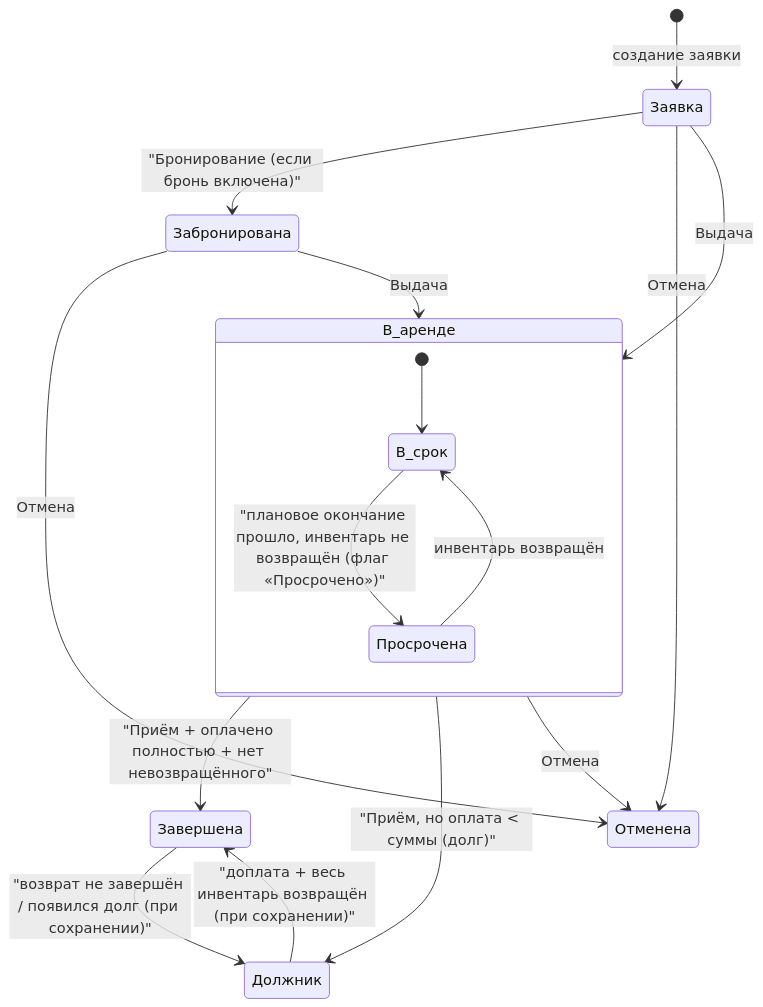
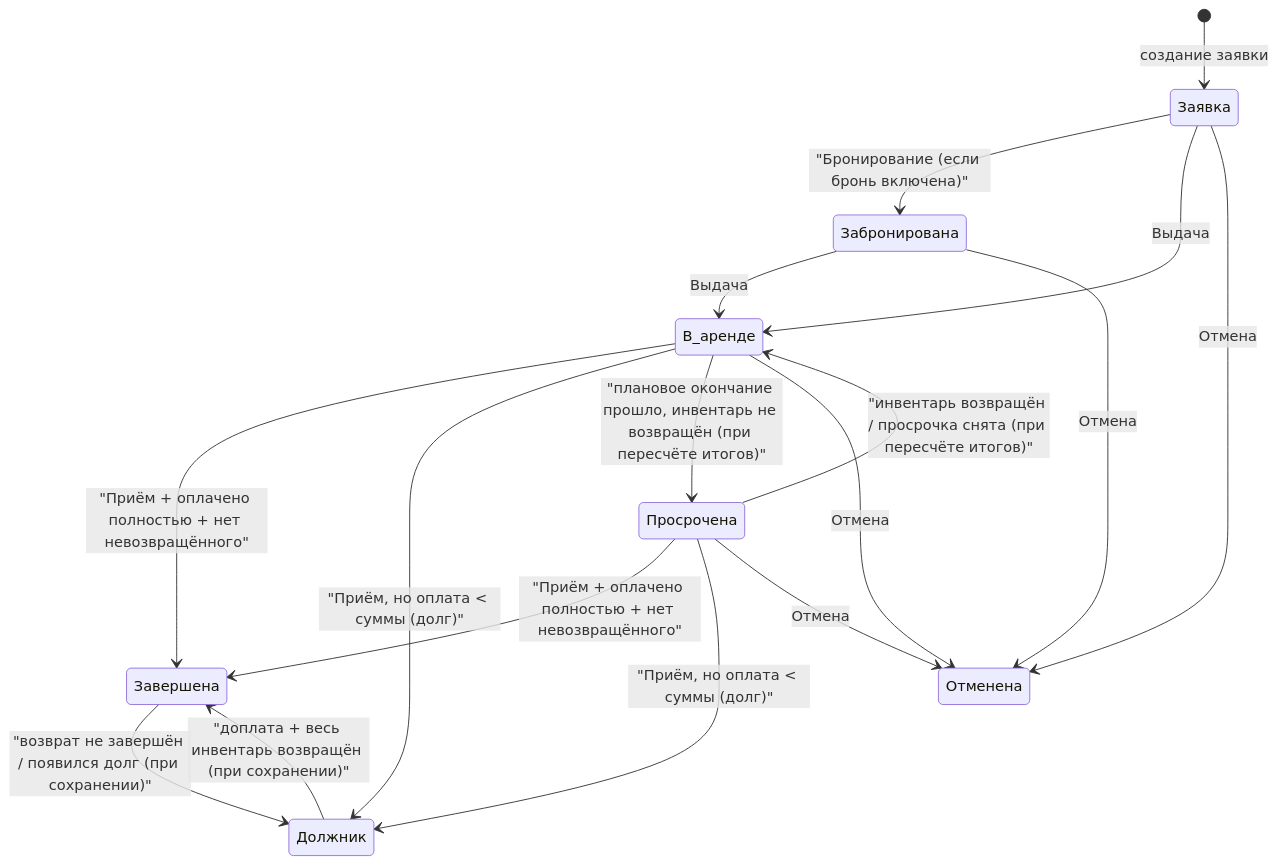
One commit to yume-cloud/docs changed the diagram in ru/logic/rent-lifecycle.mdx. Above: the diagram before and after it, drawn with Mermaid. The commit also changed other lines of this file and 5 other files, not shown here.

````diff
--- a/ru/logic/rent-lifecycle.mdx
+++ b/ru/logic/rent-lifecycle.mdx
@@ -88,19 +90,19 @@
 ```mermaid
 stateDiagram-v2
     [*] --> Заявка: создание заявки
     Заявка --> Забронирована: "Бронирование (если бронь включена)"
     Заявка --> В_аренде: Выдача
     Забронирована --> В_аренде: Выдача
     В_аренде --> Завершена: "Приём + оплачено полностью + нет невозвращённого"
     В_аренде --> Должник: "Приём, но оплата < суммы (долг)"
+    В_аренде --> Просрочена: "плановое окончание прошло, инвентарь не возвращён (при пересчёте итогов)"
+    Просрочена --> В_аренде: "инвентарь возвращён / просрочка снята (при пересчёте итогов)"
+    Просрочена --> Завершена: "Приём + оплачено полностью + нет невозвращённого"
+    Просрочена --> Должник: "Приём, но оплата < суммы (долг)"
     Завершена --> Должник: "возврат не завершён / появился долг (при сохранении)"
     Должник --> Завершена: "доплата + весь инвентарь возвращён (при сохранении)"
     Заявка --> Отменена: Отмена
     Забронирована --> Отменена: Отмена
     В_аренде --> Отменена: Отмена
-    state В_аренде {
-        [*] --> В_срок
-        В_срок --> Просрочена: "плановое окончание прошло, инвентарь не возвращён (флаг «Просрочено»)"
-        Просрочена --> В_срок: инвентарь возвращён
-    }
+    Просрочена --> Отменена: Отмена
 ```
````
